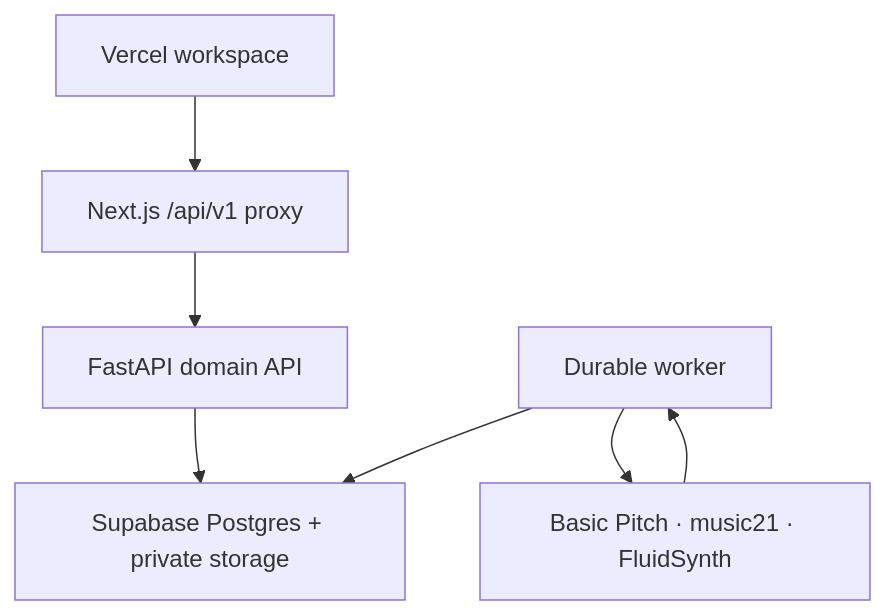
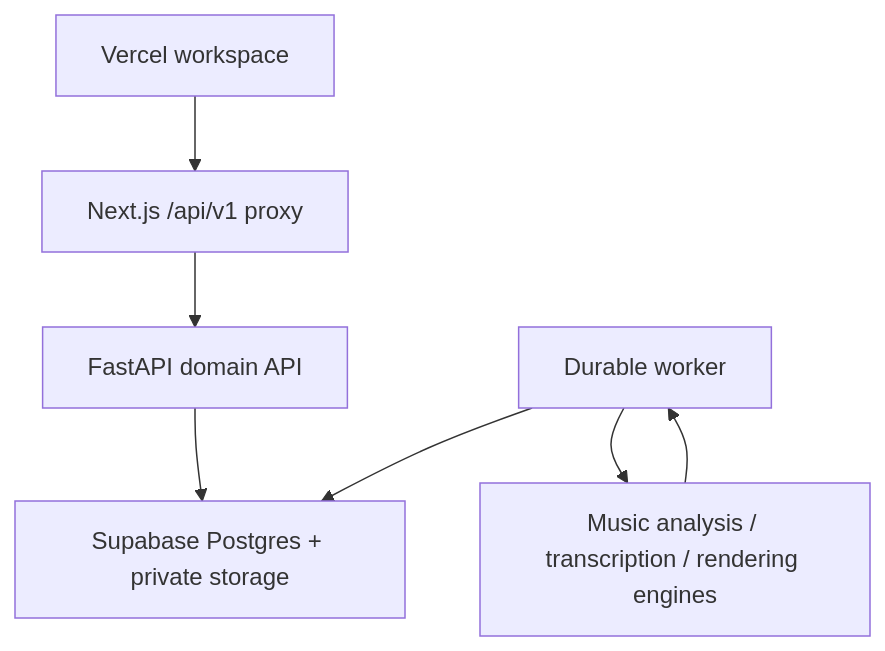
One commit to ListenCloser/listencloser changed the diagram in docs/ARCHITECTURE.md. Above: the diagram before and after it, drawn with Mermaid. The commit also changed other lines of this file, not shown here.

Commit message:
docs: clarify runtime architecture vs master direction

````diff
--- a/docs/ARCHITECTURE.md
+++ b/docs/ARCHITECTURE.md
@@ -24,9 +26,9 @@
 ```mermaid
 flowchart TD
     Browser["Vercel workspace"] --> Proxy["Next.js /api/v1 proxy"]
     Proxy --> API["FastAPI domain API"]
     API --> Store["Supabase Postgres + private storage"]
     Worker["Durable worker"] --> Store
-    Worker --> Engines["Basic Pitch · music21 · FluidSynth"]
+    Worker --> Engines["Music analysis / transcription / rendering engines"]
     Engines --> Worker
 ```
````
